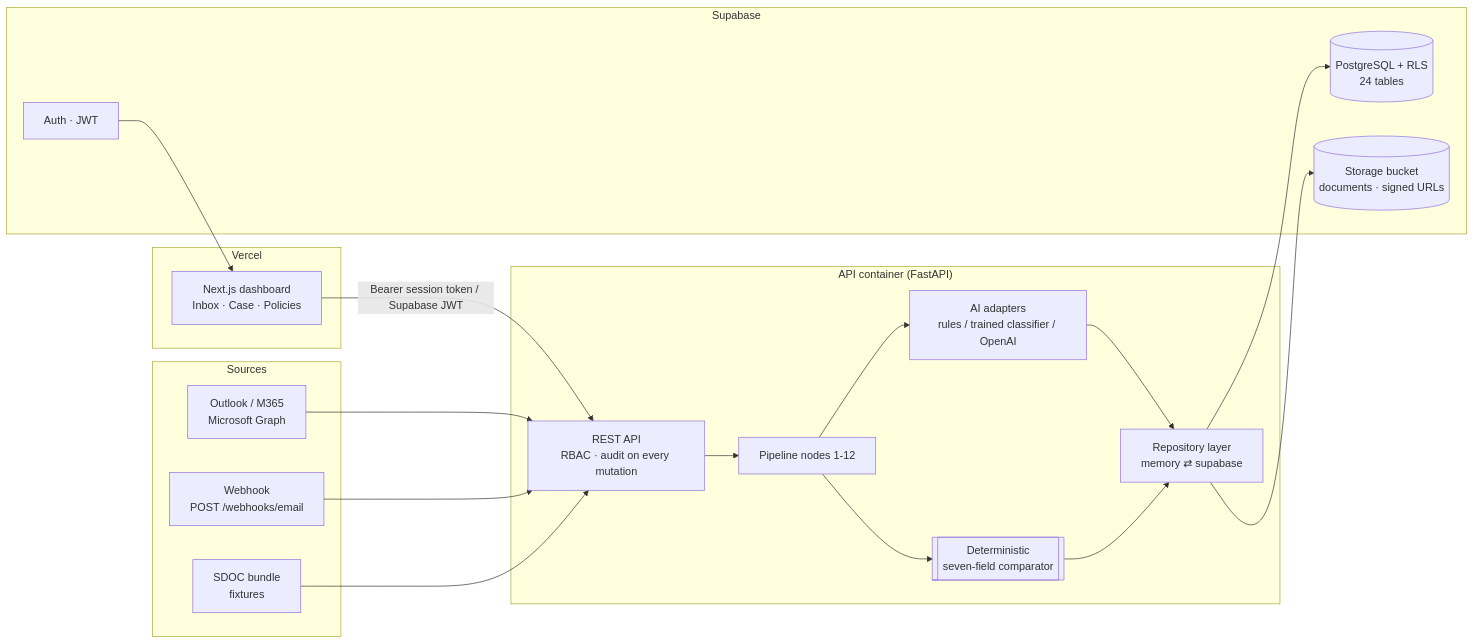
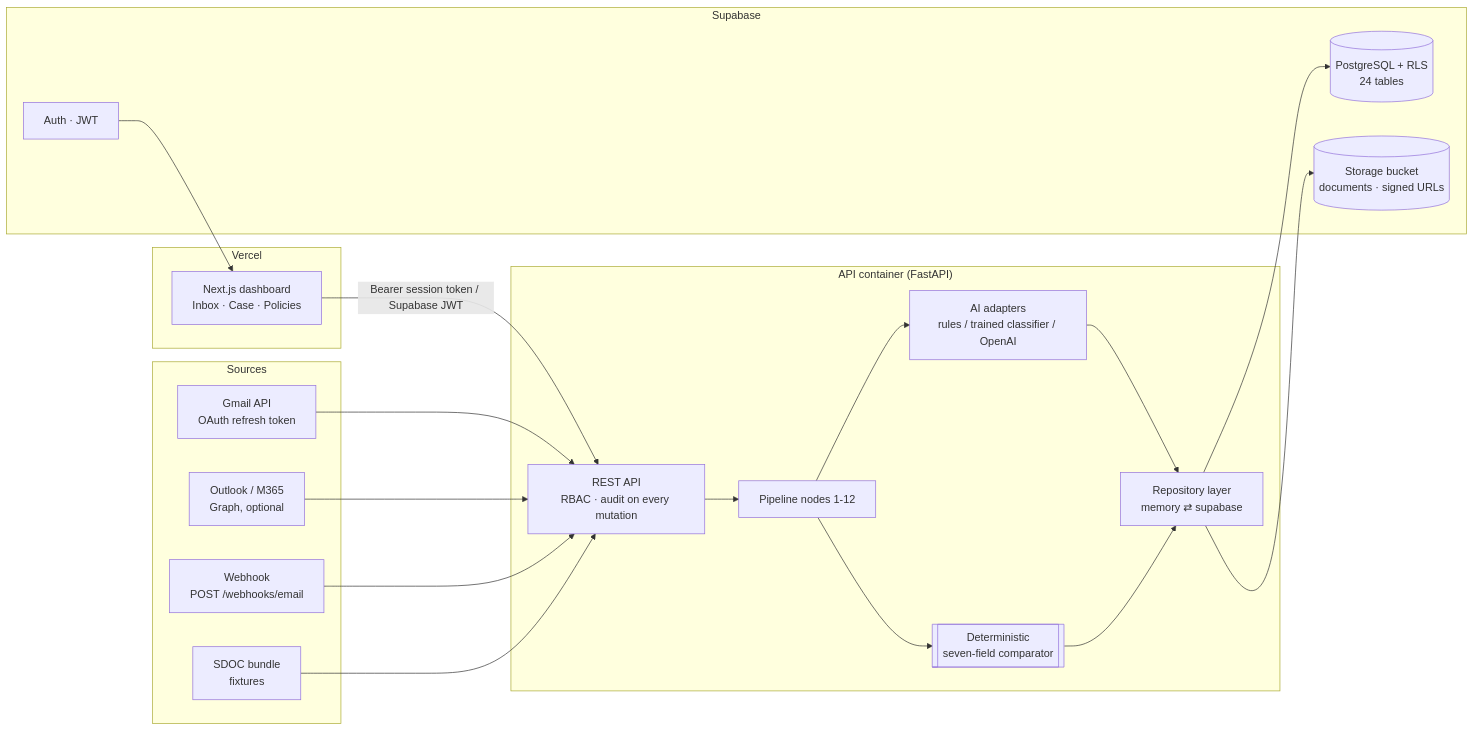
Before and after one commit to Hermann-33/NovaShip_Averis: the second of 2 diagrams in README.md, drawn with Mermaid. The commit also changed other lines of this file and 15 other files, not shown here.

Commit message:
feat: add Gmail API email provider

````diff
--- a/README.md
+++ b/README.md
@@ -175,24 +175,24 @@
 ```mermaid
 flowchart LR
     subgraph Sources
-        O[Outlook / M365<br/>Microsoft Graph] ; W[Webhook<br/>POST /webhooks/email] ; BND[SDOC bundle<br/>fixtures]
+        G[Gmail API<br/>OAuth refresh token] ; O[Outlook / M365<br/>Graph, optional] ; W[Webhook<br/>POST /webhooks/email] ; BND[SDOC bundle<br/>fixtures]
     end
     subgraph Vercel
         FE[Next.js dashboard<br/>Inbox · Case · Policies]
     end
     subgraph "API container (FastAPI)"
         API[REST API<br/>RBAC · audit on every mutation]
         PIPE[Pipeline nodes 1-12]
         AI[AI adapters<br/>rules / trained classifier / OpenAI]
         CMP[[Deterministic<br/>seven-field comparator]]
         REPO[Repository layer<br/>memory ⇄ supabase]
     end
     subgraph Supabase
         PG[(PostgreSQL + RLS<br/>24 tables)]
         ST[(Storage bucket<br/>documents · signed URLs)]
         AU[Auth · JWT]
     end
-    O & W & BND --> API --> PIPE --> AI & CMP --> REPO --> PG & ST
+    G & O & W & BND --> API --> PIPE --> AI & CMP --> REPO --> PG & ST
     FE -->|Bearer session token / Supabase JWT| API
     AU --> FE
 ```
````
